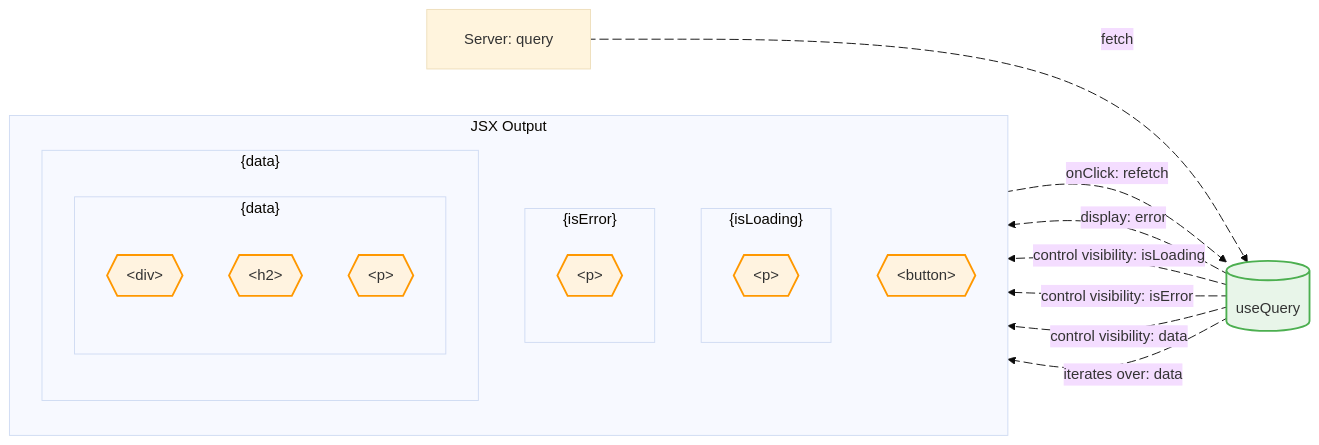
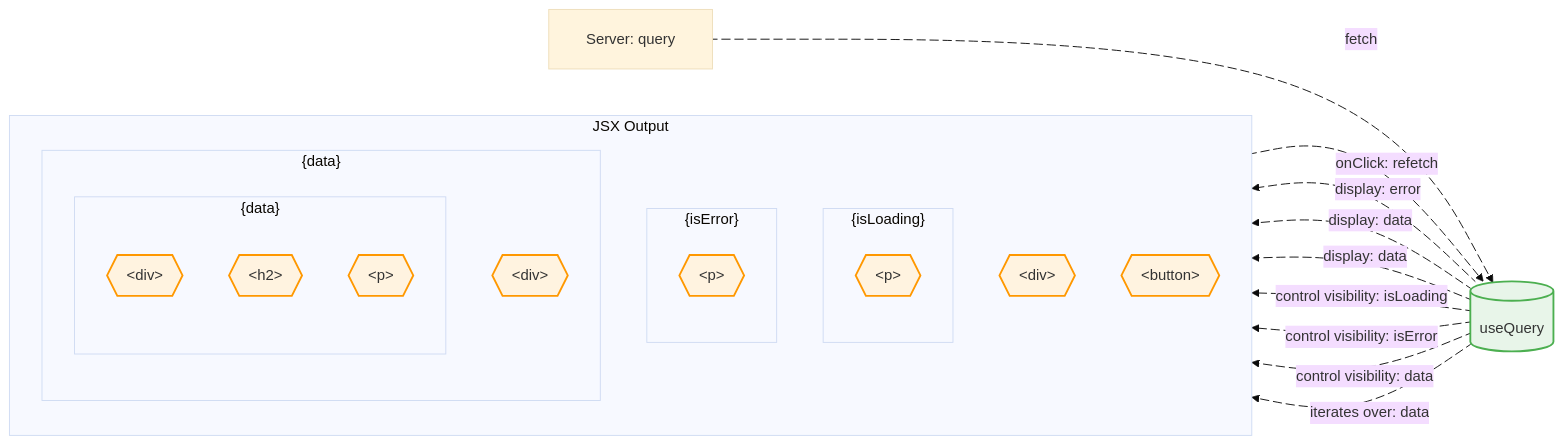
Before and after one commit to shibukawa/web-component-analyzer: the diagram in examples/react-vite/src/components/120-TanStackQuery-BasicQuery.mmd, drawn with Mermaid. The commit also changed 51 other files, not shown here.

```diff
--- a/examples/react-vite/src/components/120-TanStackQuery-BasicQuery.mmd
+++ b/examples/react-vite/src/components/120-TanStackQuery-BasicQuery.mmd
@@ -1,66 +1,76 @@
 %%{init: {'theme': 'base', 'themeVariables': {'fontFamily': 'Comic Sans MS, cursive'}, 'flowchart': {'curve': 'basis', 'padding': 20}}}%%
 flowchart LR
   server_0["Server: query"]
   library_hook_1[("useQuery")]
   jsx_element_0["p"]
   jsx_element_1["p"]
+  jsx_element_7["div"]
+  jsx_element_5["div"]
   jsx_element_4["div"]
   jsx_element_2["h2"]
   jsx_element_3["p"]
-  jsx_element_5["button"]
+  jsx_element_6["button"]
   subgraph_1@{ shape: hex, label: "{isLoading}" }
   subgraph_2@{ shape: hex, label: "{isError}" }
   subgraph_3@{ shape: hex, label: "{data}" }
   subgraph_4@{ shape: hex, label: "{loop}" }
   subgraph subgraph_0["JSX Output"]
     direction TB
     subgraph subgraph_1["{isLoading}"]
       direction TB
         jsx_element_0@{ shape: hex, label: "&lt;p&gt;" }
     end
     subgraph subgraph_2["{isError}"]
       direction TB
         jsx_element_1@{ shape: hex, label: "&lt;p&gt;" }
     end
+      jsx_element_7@{ shape: hex, label: "&lt;div&gt;" }
     subgraph subgraph_3["{data}"]
       direction TB
+        jsx_element_5@{ shape: hex, label: "&lt;div&gt;" }
       subgraph subgraph_4["{data}"]
         direction TB
           jsx_element_4@{ shape: hex, label: "&lt;div&gt;" }
           jsx_element_2@{ shape: hex, label: "&lt;h2&gt;" }
           jsx_element_3@{ shape: hex, label: "&lt;p&gt;" }
       end
     end
-      jsx_element_5@{ shape: hex, label: "&lt;button&gt;" }
+      jsx_element_6@{ shape: hex, label: "&lt;button&gt;" }
   end
   server_0 eserver_0_library_hook_1@-->|"fetch"| library_hook_1
   eserver_0_library_hook_1@{ animate: true }
   library_hook_1 elibrary_hook_1_subgraph_1@-->|"control visibility: isLoading"| subgraph_1
   elibrary_hook_1_subgraph_1@{ animate: true }
   library_hook_1 elibrary_hook_1_subgraph_2@-->|"control visibility: isError"| subgraph_2
   elibrary_hook_1_subgraph_2@{ animate: true }
   library_hook_1 elibrary_hook_1_subgraph_3@-->|"control visibility: data"| subgraph_3
   elibrary_hook_1_subgraph_3@{ animate: true }
   library_hook_1 elibrary_hook_1_subgraph_4@-->|"iterates over: data"| subgraph_4
   elibrary_hook_1_subgraph_4@{ animate: true }
   library_hook_1 elibrary_hook_1_jsx_element_1@-->|"display: error"| jsx_element_1
   elibrary_hook_1_jsx_element_1@{ animate: true }
-  jsx_element_5 ejsx_element_5_library_hook_1@-->|"onClick: refetch"| library_hook_1
-  ejsx_element_5_library_hook_1@{ animate: true }
+  library_hook_1 elibrary_hook_1_jsx_element_7@-->|"display: data"| jsx_element_7
+  elibrary_hook_1_jsx_element_7@{ animate: true }
+  library_hook_1 elibrary_hook_1_jsx_element_5@-->|"display: data"| jsx_element_5
+  elibrary_hook_1_jsx_element_5@{ animate: true }
+  jsx_element_6 ejsx_element_6_library_hook_1@-->|"onClick: refetch"| library_hook_1
+  ejsx_element_6_library_hook_1@{ animate: true }
 
   %% Styling
   classDef inputProp fill:#E3F2FD,stroke:#2196F3,stroke-width:2px
   classDef outputProp fill:#FFF3E0,stroke:#FF9800,stroke-width:2px
   classDef process fill:#F3E5F5,stroke:#9C27B0,stroke-width:3px
   classDef dataStore fill:#E8F5E9,stroke:#4CAF50,stroke-width:2px
   classDef jsxElement fill:#FFF3E0,stroke:#FF9800,stroke-width:2px
   classDef contextData fill:#E1F5FE,stroke:#0288D1,stroke-width:2px
   classDef contextFunction fill:#FFF9C4,stroke:#F57C00,stroke-width:2px
   classDef exportedHandler fill:#E8F5E9,stroke:#4CAF50,stroke-width:2px
   class library_hook_1 dataStore
   class jsx_element_0 jsxElement
   class jsx_element_1 jsxElement
+  class jsx_element_7 jsxElement
+  class jsx_element_5 jsxElement
   class jsx_element_4 jsxElement
   class jsx_element_2 jsxElement
   class jsx_element_3 jsxElement
-  class jsx_element_5 jsxElement
+  class jsx_element_6 jsxElement
```
